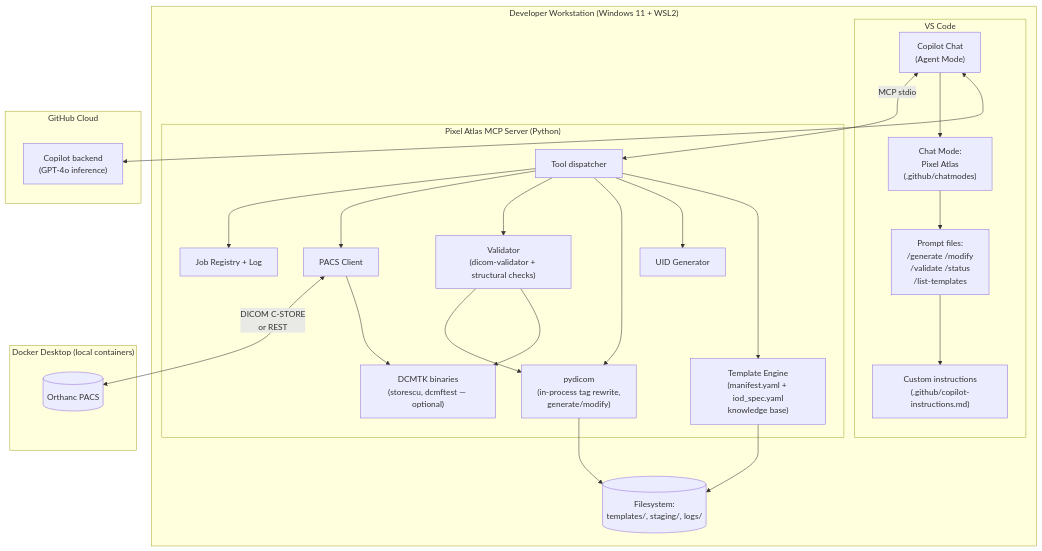
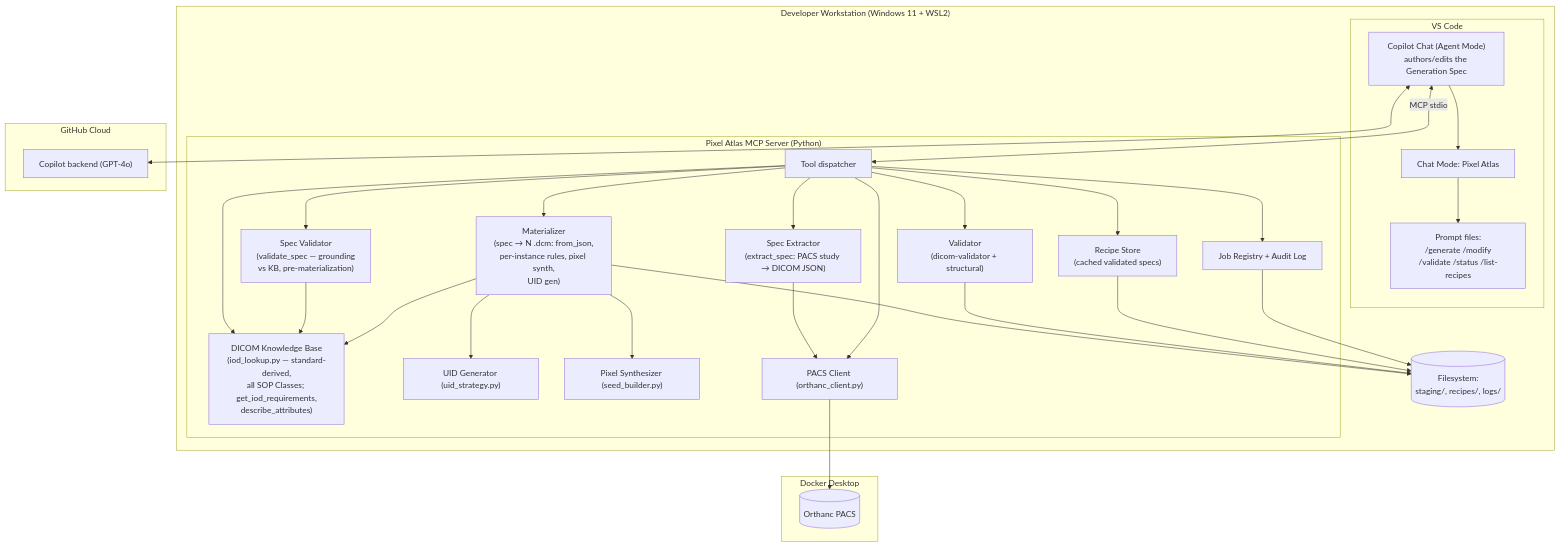
The first of 3 diagrams in docs/architecture.md (CT-Hackcelerate/PixelAtlas), drawn with Mermaid before and after one commit. The commit also changed other lines of this file and 11 other files, not shown here.

````diff
--- a/docs/architecture.md
+++ b/docs/architecture.md
@@ -28,42 +31,47 @@
 ```mermaid
 flowchart TB
     subgraph WS["Developer Workstation (Windows 11 + WSL2)"]
         subgraph VSC["VS Code"]
-            CC["Copilot Chat<br/>(Agent Mode)"]
-            CM["Chat Mode:<br/>Pixel Atlas<br/>(.github/chatmodes)"]
-            PF["Prompt files:<br/>/generate /modify<br/>/validate /status<br/>/list-templates"]
-            CI["Custom instructions<br/>(.github/copilot-instructions.md)"]
+            CC["Copilot Chat (Agent Mode)<br/>authors/edits the Generation Spec"]
+            CM["Chat Mode: Pixel Atlas"]
+            PF["Prompt files:<br/>/generate /modify<br/>/validate /status /list-recipes"]
         end
         subgraph MCPSRV["Pixel Atlas MCP Server (Python)"]
             DISP["Tool dispatcher"]
-            TE["Template Engine<br/>(manifest.yaml + iod_spec.yaml<br/>knowledge base)"]
-            UIDG["UID Generator"]
-            PYD["pydicom<br/>(in-process tag rewrite,<br/>generate/modify)"]
-            DCW["DCMTK binaries<br/>(storescu, dcmftest — optional)"]
-            VAL["Validator<br/>(dicom-validator + structural checks)"]
-            PC["PACS Client"]
-            JR["Job Registry + Log"]
+            KB["DICOM Knowledge Base<br/>(iod_lookup.py — standard-derived,<br/>all SOP Classes; get_iod_requirements,<br/>describe_attributes)"]
+            SPECV["Spec Validator<br/>(validate_spec — grounding<br/>vs KB, pre-materialization)"]
+            MAT["Materializer<br/>(spec → N .dcm: from_json,<br/>per-instance rules, pixel synth,<br/>UID gen)"]
+            EXT["Spec Extractor<br/>(extract_spec: PACS study → DICOM JSON)"]
+            UIDG["UID Generator (uid_strategy.py)"]
+            PIX["Pixel Synthesizer (seed_builder.py)"]
+            VAL["Validator<br/>(dicom-validator + structural)"]
+            PC["PACS Client (orthanc_client.py)"]
+            REC["Recipe Store<br/>(cached validated specs)"]
+            JR["Job Registry + Audit Log"]
         end
-        FS[("Filesystem:<br/>templates/, staging/, logs/")]
+        FS[("Filesystem:<br/>staging/, recipes/, logs/")]
     end
 
-    subgraph DOCKER["Docker Desktop (local containers)"]
+    subgraph DOCKER["Docker Desktop"]
         ORTHANC[("Orthanc PACS")]
     end
-
     subgraph CLOUD["GitHub Cloud"]
-        GPT["Copilot backend<br/>(GPT-4o inference)"]
+        GPT["Copilot backend (GPT-4o)"]
     end
 
     CC <--> GPT
-    CC --> CM --> PF --> CI
+    CC --> CM --> PF
     CC <-->|MCP stdio| DISP
-    DISP --> TE --> FS
-    DISP --> UIDG
-    DISP --> PYD --> FS
-    DISP --> VAL --> DCW
-    VAL --> PYD
-    DISP --> PC --> DCW
-    DISP --> JR
-    PC <-->|DICOM C-STORE<br/>or REST| ORTHANC
+    DISP --> KB
+    DISP --> SPECV --> KB
+    DISP --> EXT --> PC
+    DISP --> MAT
+    MAT --> KB
+    MAT --> UIDG
+    MAT --> PIX
+    MAT --> FS
+    DISP --> VAL --> FS
+    DISP --> REC --> FS
+    DISP --> PC --> ORTHANC
+    DISP --> JR --> FS
 ```
````
